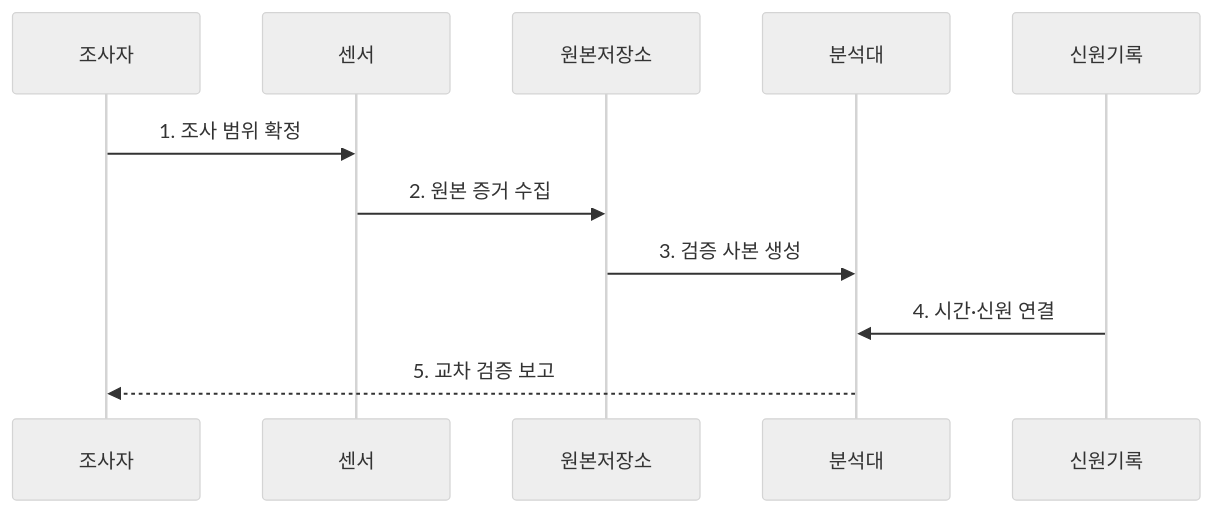
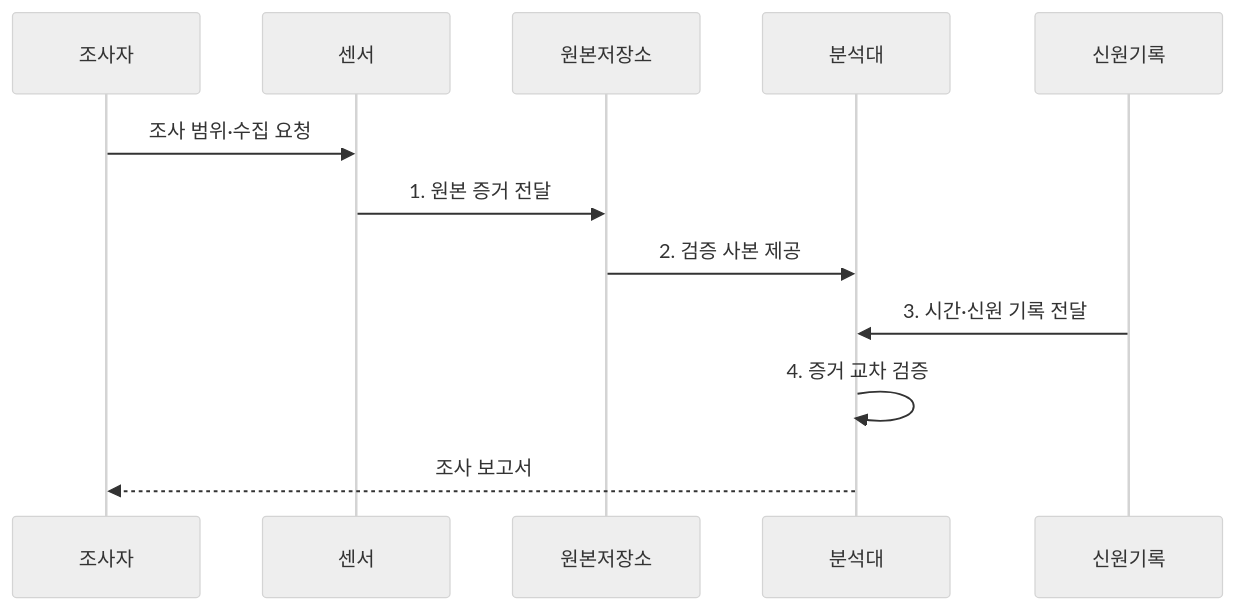
Before and after one commit to agnusdei1207/knowledge-base: the second of 2 diagrams in src/content/docs/notes/04-network/097_network_forensics.md, drawn with Mermaid (neutral theme). The commit also changed other lines of this file and 20 other files, not shown here.

````diff
--- a/src/content/docs/notes/04-network/097_network_forensics.md
+++ b/src/content/docs/notes/04-network/097_network_forensics.md
@@ -83,13 +89,14 @@
 ```mermaid
 sequenceDiagram
     participant 조사자
     participant 센서
     participant 원본저장소
     participant 분석대
     participant 신원기록
-    조사자->>센서: 1. 조사 범위 확정
-    센서->>원본저장소: 2. 원본 증거 수집
-    원본저장소->>분석대: 3. 검증 사본 생성
-    신원기록->>분석대: 4. 시간·신원 연결
-    분석대-->>조사자: 5. 교차 검증 보고
+    조사자->>센서: 조사 범위·수집 요청
+    센서->>원본저장소: 1. 원본 증거 전달
+    원본저장소->>분석대: 2. 검증 사본 제공
+    신원기록->>분석대: 3. 시간·신원 기록 전달
+    분석대->>분석대: 4. 증거 교차 검증
+    분석대-->>조사자: 조사 보고서
 ```
````
